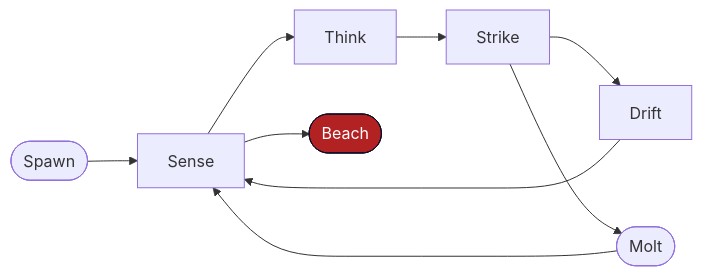
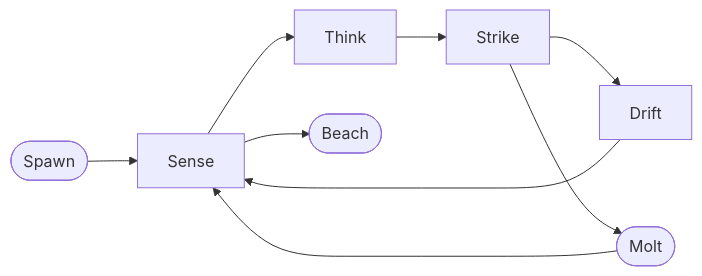
Before and after one commit to x402agent/solana-claude: the second of 2 diagrams in README.md, drawn with Mermaid. The commit also changed other lines of this file, not shown here.

````diff
--- a/README.md
+++ b/README.md
@@ -192,12 +298,11 @@
 ```mermaid
 flowchart LR
-    A([Spawn]) --> B[Sense]
-    B --> C[Think]
-    C --> D[Strike]
-    D --> E[Drift]
-    E --> B
-    D --> F([Molt])
-    F --> B
-    B --> G([Beach]):::beach
-    classDef beach fill:#B22222,stroke:#0A0E27,color:#fff;
+  A([Spawn]) --> B[Sense]
+  B --> C[Think]
+  C --> D[Strike]
+  D --> E[Drift]
+  E --> B
+  D --> F([Molt])
+  F --> B
+  B --> G([Beach])
 ```
````
